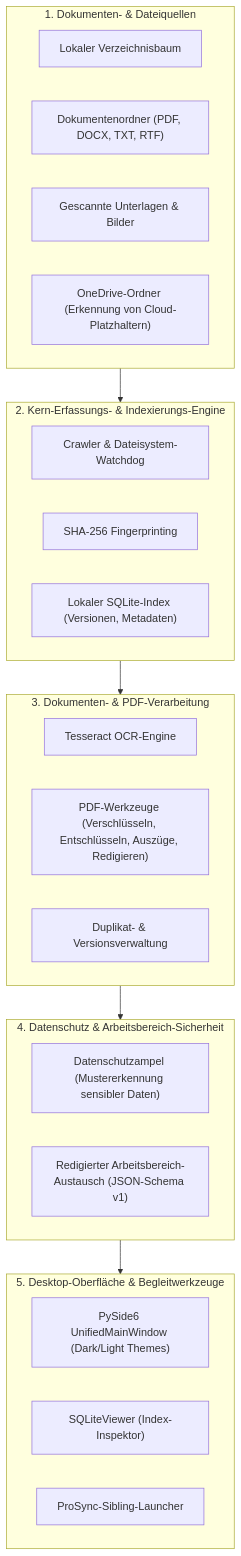
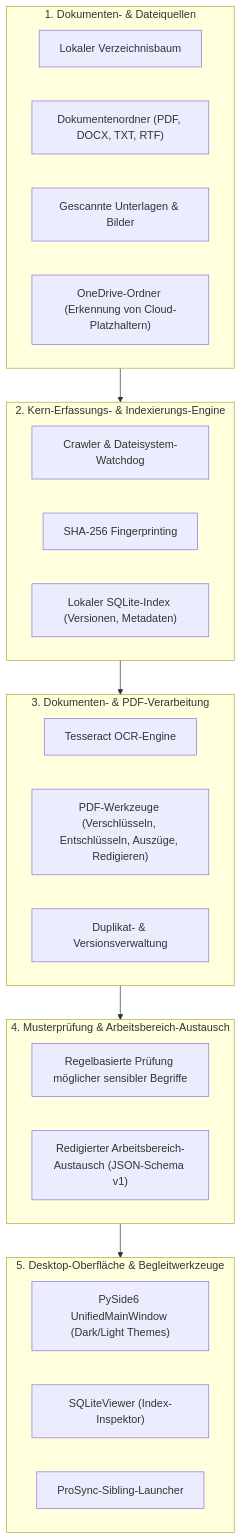
One commit to file-bricks/ProFiler changed the first of 2 diagrams in README_de.md. Above: the diagram before and after it, drawn with Mermaid. The commit also changed other lines of this file and 13 other files, not shown here.

````diff
--- a/README_de.md
+++ b/README_de.md
@@ -70,37 +70,37 @@
 ```mermaid
 graph TD
     subgraph Quellen["1. Dokumenten- & Dateiquellen"]
         A1["Lokaler Verzeichnisbaum"]
         A2["Dokumentenordner (PDF, DOCX, TXT, RTF)"]
         A3["Gescannte Unterlagen & Bilder"]
         A4["OneDrive-Ordner (Erkennung von Cloud-Platzhaltern)"]
     end
 
     subgraph KernEngine["2. Kern-Erfassungs- & Indexierungs-Engine"]
         B1["Crawler & Dateisystem-Watchdog"]
         B2["SHA-256 Fingerprinting"]
         B3["Lokaler SQLite-Index (Versionen, Metadaten)"]
     end
 
     subgraph Verarbeitung["3. Dokumenten- & PDF-Verarbeitung"]
         C1["Tesseract OCR-Engine"]
         C2["PDF-Werkzeuge (Verschlüsseln, Entschlüsseln, Auszüge, Redigieren)"]
         C3["Duplikat- & Versionsverwaltung"]
     end
 
-    subgraph DatenschutzGate["4. Datenschutz & Arbeitsbereich-Sicherheit"]
-        D1["Datenschutzampel (Mustererkennung sensibler Daten)"]
+    subgraph DatenschutzGate["4. Musterprüfung & Arbeitsbereich-Austausch"]
+        D1["Regelbasierte Prüfung möglicher sensibler Begriffe"]
         D2["Redigierter Arbeitsbereich-Austausch (JSON-Schema v1)"]
     end
 
     subgraph UI["5. Desktop-Oberfläche & Begleitwerkzeuge"]
         E1["PySide6 UnifiedMainWindow (Dark/Light Themes)"]
         E2["SQLiteViewer (Index-Inspektor)"]
         E3["ProSync-Sibling-Launcher"]
     end
 
     Quellen --> KernEngine
     KernEngine --> Verarbeitung
     Verarbeitung --> DatenschutzGate
     DatenschutzGate --> UI
 ```
````
